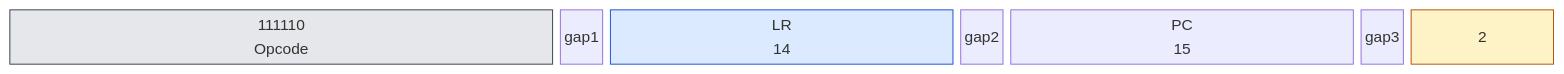
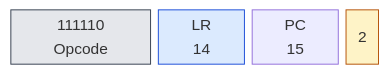
The third of 4 diagrams in book/kap04.md (olfp/Deep16), drawn with Mermaid before and after one commit. The commit also changed other lines of this file and 1 other file, not shown here.

Commit message:
book(kap04): Befehlsdiagramme ohne explizite gap-Blöcke (korrektes 31-Spalten-Layout)

````diff
--- a/book/kap04.md
+++ b/book/kap04.md
@@ -246,17 +246,14 @@
 ```mermaid
 block-beta
   columns 31
   classDef op fill:#e5e7eb,stroke:#374151
   classDef reg fill:#dbeafe,stroke:#1d4ed8
   classDef imm fill:#fef3c7,stroke:#b45309
   b0["111110<br/>Opcode"]:11
-  gap1:1
   b1["LR<br/>14"]:7
-  gap2:1
   b2["PC<br/>15"]:7
-  gap3:1
   b3["2"]:3
   class b0 op
   class b1 b2 reg
   class b3 imm
 ```
````
